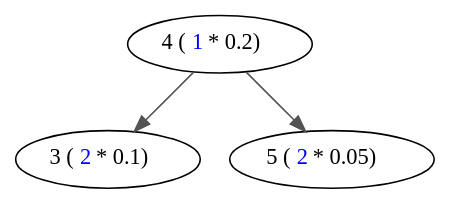
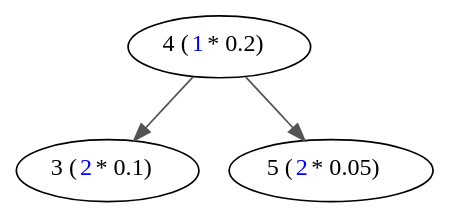
The diagram in website/htdocs/binary-search-tree/bst04.dot (lbv/upsolving-rpc), drawn with Graphviz before and after one commit. The commit also changed 4 other files, not shown here.

Commit message:
Use better font in graphs

```diff
--- a/website/htdocs/binary-search-tree/bst04.dot
+++ b/website/htdocs/binary-search-tree/bst04.dot
@@ -1,11 +1,12 @@
 digraph G {
+  graph[size=3, bgcolor="transparent"]
   edge[color="gray33"]
-  graph[size=3, bgcolor="transparent"]
+  node[fontname="Source Sans Pro"]
 
   4 -> 3
   4 -> 5
 
   4[label=<4 (<FONT COLOR="blue">1</FONT> * 0.2)>]
   3[label=<3 (<FONT COLOR="blue">2</FONT> * 0.1)>]
   5[label=<5 (<FONT COLOR="blue">2</FONT> * 0.05)>]
 }
```
